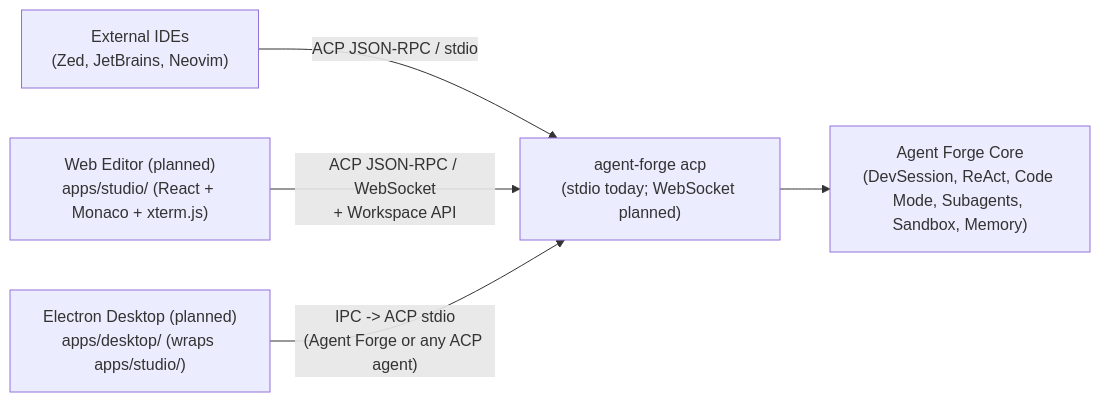
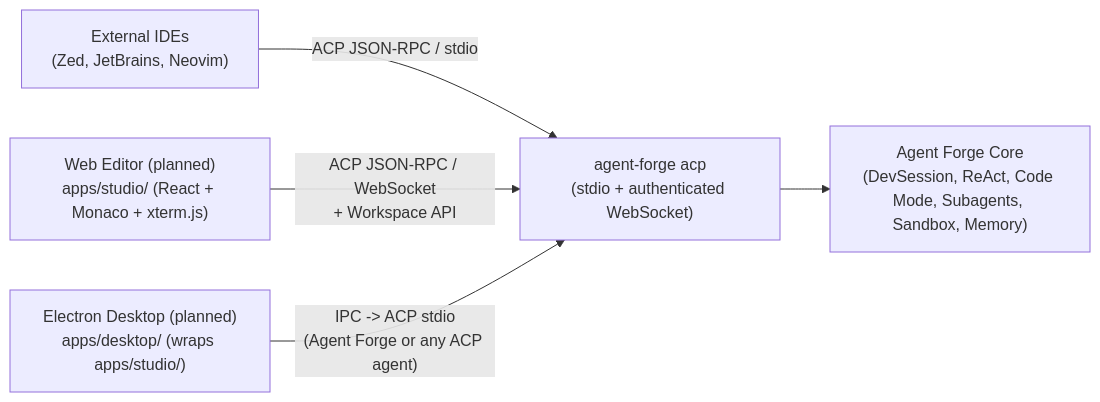
Before and after one commit to akoita/agent-forge: the diagram in docs/roadmap.md, drawn with Mermaid. The commit also changed other lines of this file and 9 other files, not shown here.

Commit message:
feat(#236): add ACP Registry manifest, IDE interop guide, E2E tests, and ADR-030 (#246)

````diff
--- a/docs/roadmap.md
+++ b/docs/roadmap.md
@@ -32,7 +32,7 @@
 ```mermaid
 flowchart LR
-    IDE["External IDEs\n(Zed, JetBrains, Neovim)"] -->|"ACP JSON-RPC / stdio"| ACP["agent-forge acp\n(stdio today; WebSocket planned)"]
+    IDE["External IDEs\n(Zed, JetBrains, Neovim)"] -->|"ACP JSON-RPC / stdio"| ACP["agent-forge acp\n(stdio + authenticated WebSocket)"]
     Web["Web Editor (planned)\napps/studio/ (React + Monaco + xterm.js)"] -->|"ACP JSON-RPC / WebSocket\n+ Workspace API"| ACP
     Desktop["Electron Desktop (planned)\napps/desktop/ (wraps apps/studio/)"] -->|"IPC -> ACP stdio\n(Agent Forge or any ACP agent)"| ACP
     ACP --> Core["Agent Forge Core\n(DevSession, ReAct, Code Mode, Subagents, Sandbox, Memory)"]
 ```
````
